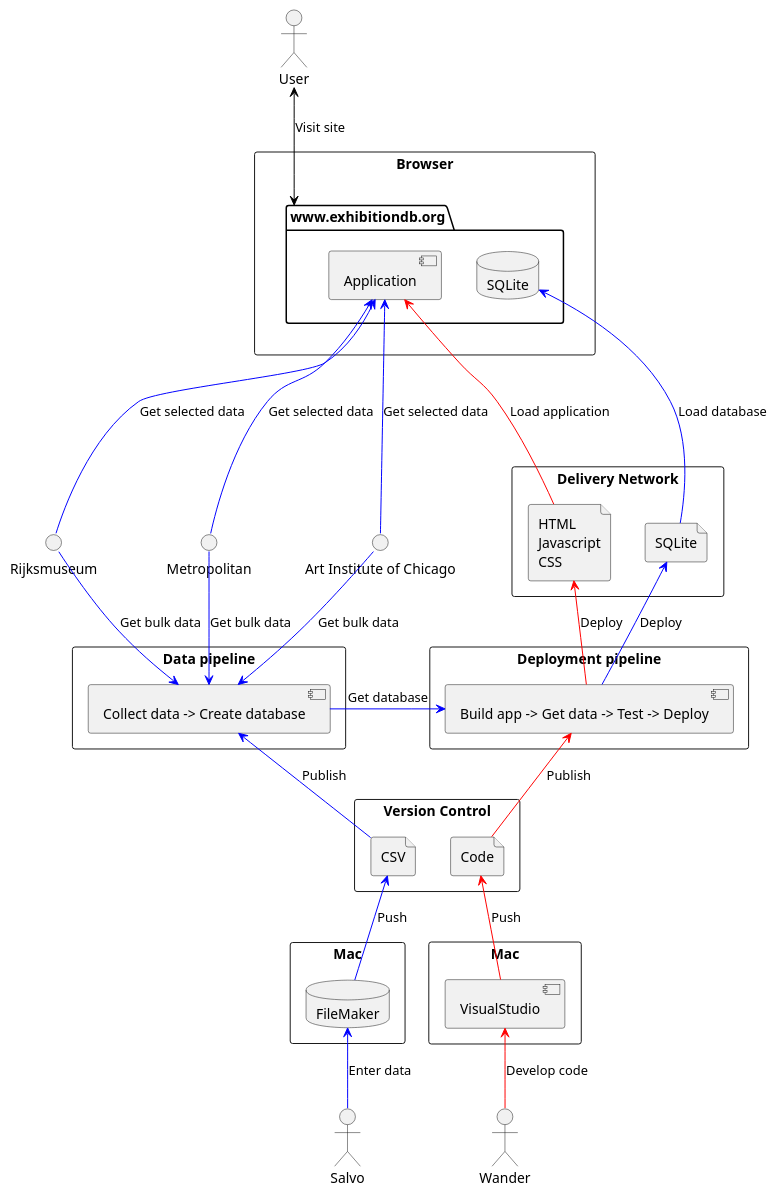
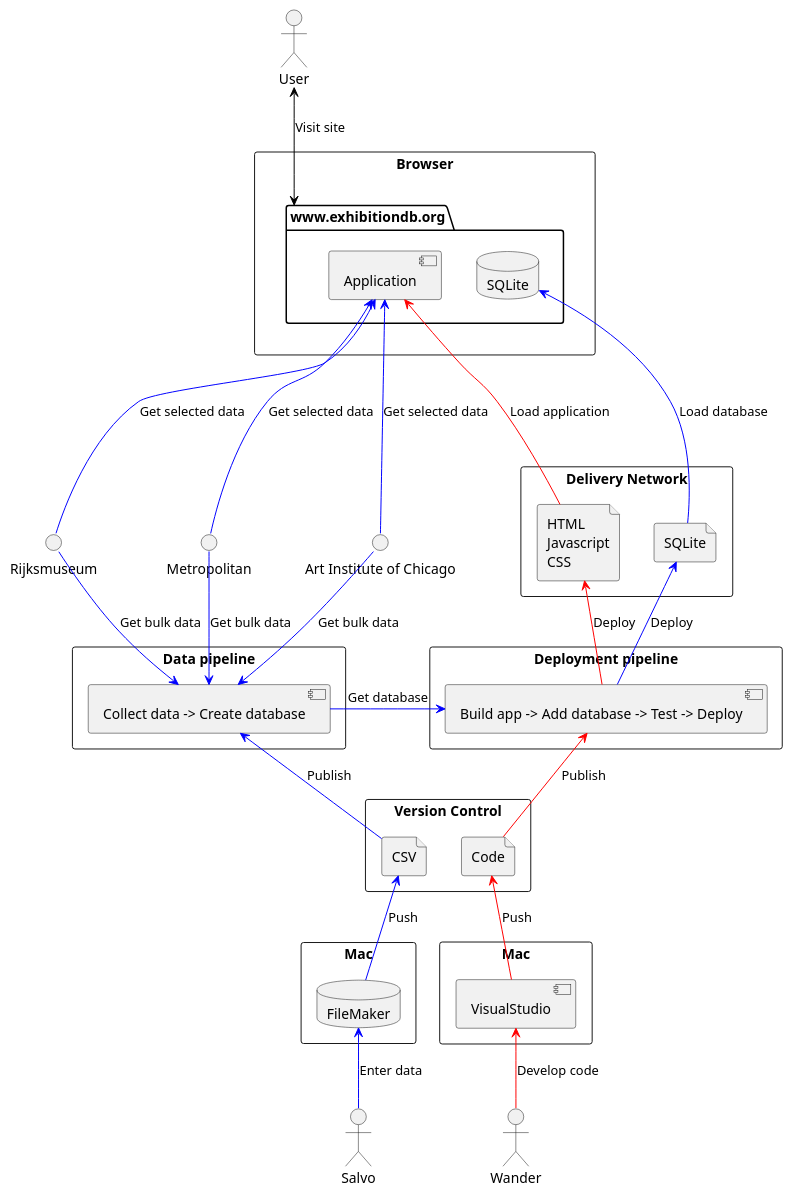
The diagram in doc/Architecture.iuml (rednaw/exhibitionDB), drawn with PlantUML before and after one commit.

```diff
--- a/doc/Architecture.iuml
+++ b/doc/Architecture.iuml
@@ -1,66 +1,66 @@
 @startuml Deployment
 
 actor Wander as Developer
 actor Salvo as Expert
 actor User
 
 rectangle Mac as DeveloperC {
   component VisualStudio
 }
 
 rectangle Mac as ExpertC {
   database FileMaker
 }
 
 rectangle Browser as UserC {
   package "www.exhibitiondb.org" as Site {
     component Application
     database SQLite as Database
   }
 }
 
 interface "Rijksmuseum" as Rijksmuseum
 interface "Metropolitan" as Metropolitan
 interface "Art Institute of Chicago" as Artic
 
 rectangle "Version Control" as CodeGitHub {
   file CSV
   file Code
 }
 
 rectangle "Data pipeline" as DataPipeline {
   component "Collect data -> Create database" as DataGenerator 
 }
 
 rectangle "Deployment pipeline" as DeploymentPipeline {
-  component "Build app -> Get data -> Test -> Deploy" as CodeGenerator 
+  component "Build app -> Add database -> Test -> Deploy" as CodeGenerator 
 }
 
 rectangle "Delivery Network" as CDN {
   file "HTML\nJavascript\nCSS" as Storage
   file SQLite
 }
 
 FileMaker <-[#blue]- Expert : Enter data
 VisualStudio <-[#red]- Developer : Develop code
 User <-[#black]-> Site : Visit site
 
 Code <-[#red]- VisualStudio : Push
 CSV <-[#blue]- FileMaker : Push
 Application <-[#red]-- Storage : Load application
 Database <-[#blue]-- SQLite : Load database
 
 Storage <-[#red]- CodeGenerator : Deploy
 SQLite <-[#blue]- CodeGenerator : Deploy
 DataGenerator -[#blue]> CodeGenerator : Get database
 CodeGenerator <-[#red]- Code : Publish
 DataGenerator <-[#blue]- CSV : Publish
 
 Artic -[#blue]-> DataGenerator : Get bulk data
 Application <-[#blue]-- Artic : Get selected data
 Metropolitan -[#blue]-> DataGenerator : Get bulk data
 Application <-[#blue]-- Metropolitan : Get selected data
 Rijksmuseum -[#blue]-> DataGenerator : Get bulk data
 Application <-[#blue]-- Rijksmuseum : Get selected data
 
 @enduml
```
